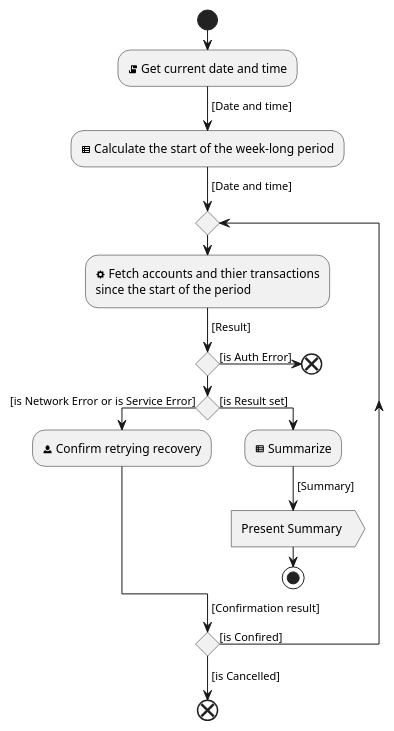
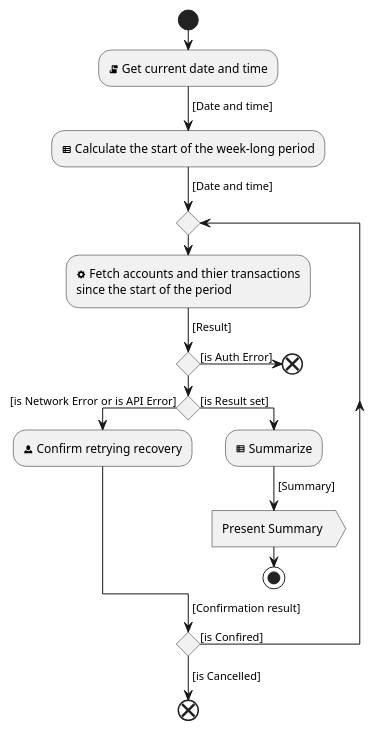
Before and after one commit to hristo-stefanov/MiniBankingDemo: the diagram in diagrams/Present Accounts and RoundUps Summary.puml, drawn with PlantUML. The commit also changed 8 other files, not shown here.

```diff
--- a/diagrams/Present Accounts and RoundUps Summary.puml
+++ b/diagrams/Present Accounts and RoundUps Summary.puml
@@ -1,32 +1,32 @@
 @startuml
 'https://plantuml.com/activity-diagram-beta
 
 |app|
 start
 :<&script> Get current date and time;
 -> [Date and time];
 :<&spreadsheet> Calculate the start of the week-long period;
 -> [Date and time];
 repeat
  :<&cog> Fetch accounts and thier transactions
 since the start of the period;
 -> [Result];
 
 if () then ([is Auth Error])
     end
 endif
 
-if () then ([is Network Error or is Service Error])
+if () then ([is Network Error or is API Error])
     :<&person> Confirm retrying recovery;
 else ([is Result set])
     :<&spreadsheet> Summarize;
     -> [Summary];
     :Present Summary >
     stop
 endif
 
 -> [Confirmation result];
 repeat while () is ([is Confired])
 -> [is Cancelled];
 end
 @enduml
```
